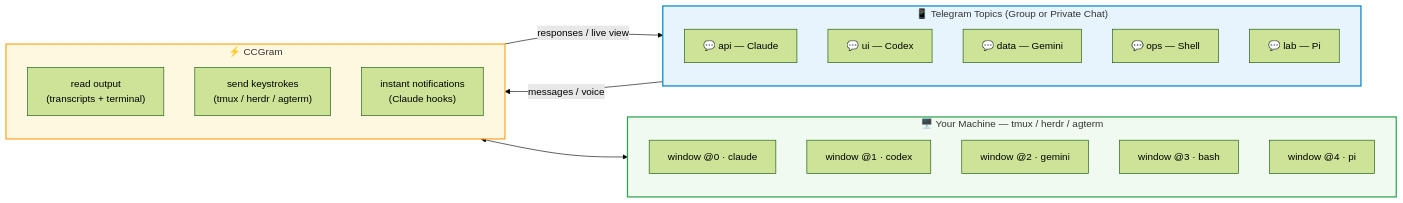
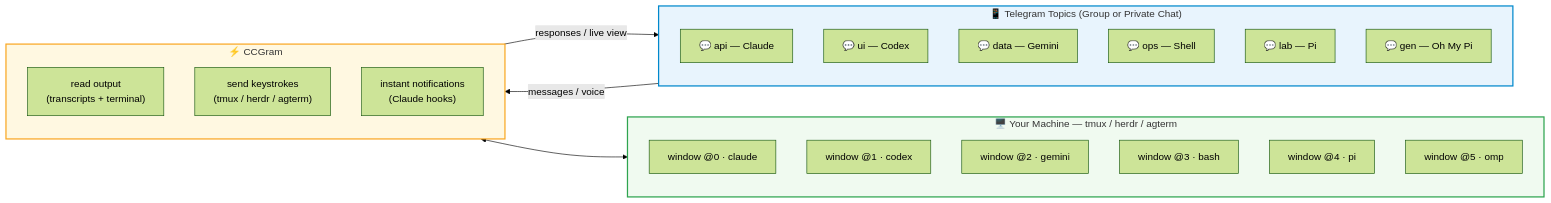
The diagram in README.md (alexei-led/ccgram), drawn with Mermaid (forest theme) before and after one commit. The commit also changed other lines of this file and 5 other files, not shown here.

````diff
--- a/README.md
+++ b/README.md
@@ -23,35 +23,37 @@
 ```mermaid
 graph LR
   subgraph phone["📱 Telegram Topics (Group or Private Chat)"]
     direction TB
     T1["💬 api — Claude"]
     T2["💬 ui — Codex"]
     T3["💬 data — Gemini"]
     T4["💬 ops — Shell"]
     T5["💬 lab — Pi"]
+    T6["💬 gen — Oh My Pi"]
   end
 
   subgraph bridge["⚡ CCGram"]
     direction TB
     B1["read output\n(transcripts + terminal)"]
     B2["send keystrokes\n(tmux / herdr / agterm)"]
     B3["instant notifications\n(Claude hooks)"]
   end
 
   subgraph machine["🖥️ Your Machine — tmux / herdr / agterm"]
     direction TB
     W1["window @0 · claude"]
     W2["window @1 · codex"]
     W3["window @2 · gemini"]
     W4["window @3 · bash"]
     W5["window @4 · pi"]
+    W6["window @5 · omp"]
   end
 
   phone -- "messages / voice" --> bridge
   bridge -- "responses / live view" --> phone
   bridge <--> machine
 
   style phone fill:#e8f4fd,stroke:#0088cc,stroke-width:2px,color:#333
   style bridge fill:#fff8e1,stroke:#f9a825,stroke-width:2px,color:#333
   style machine fill:#f0faf0,stroke:#2ea44f,stroke-width:2px,color:#333
 ```
````
